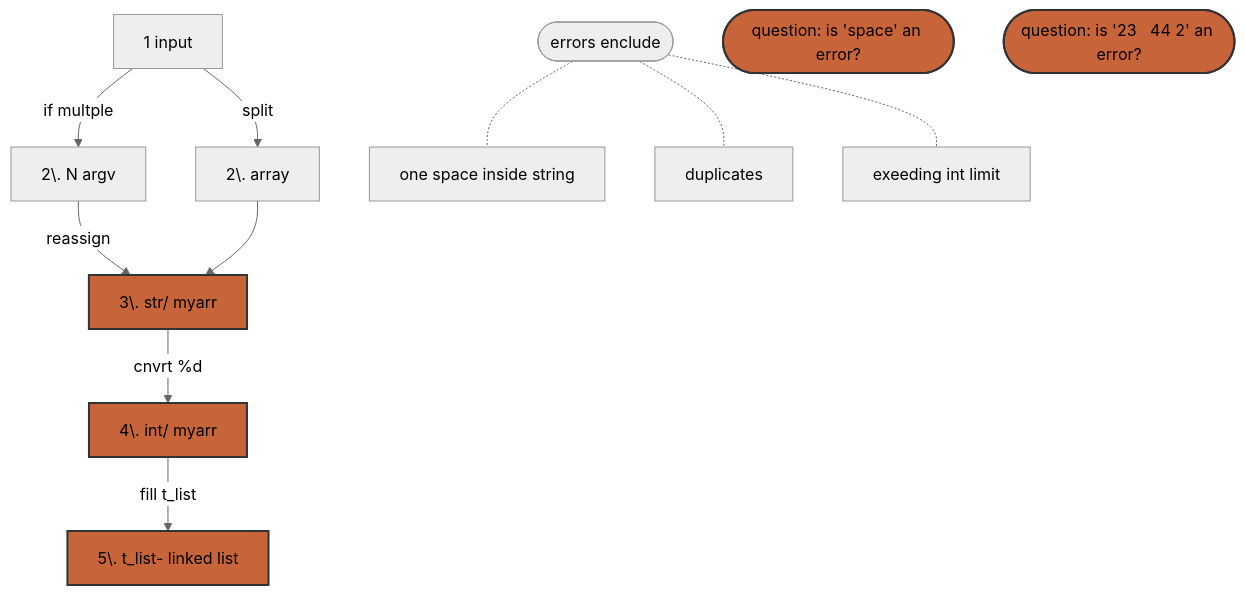
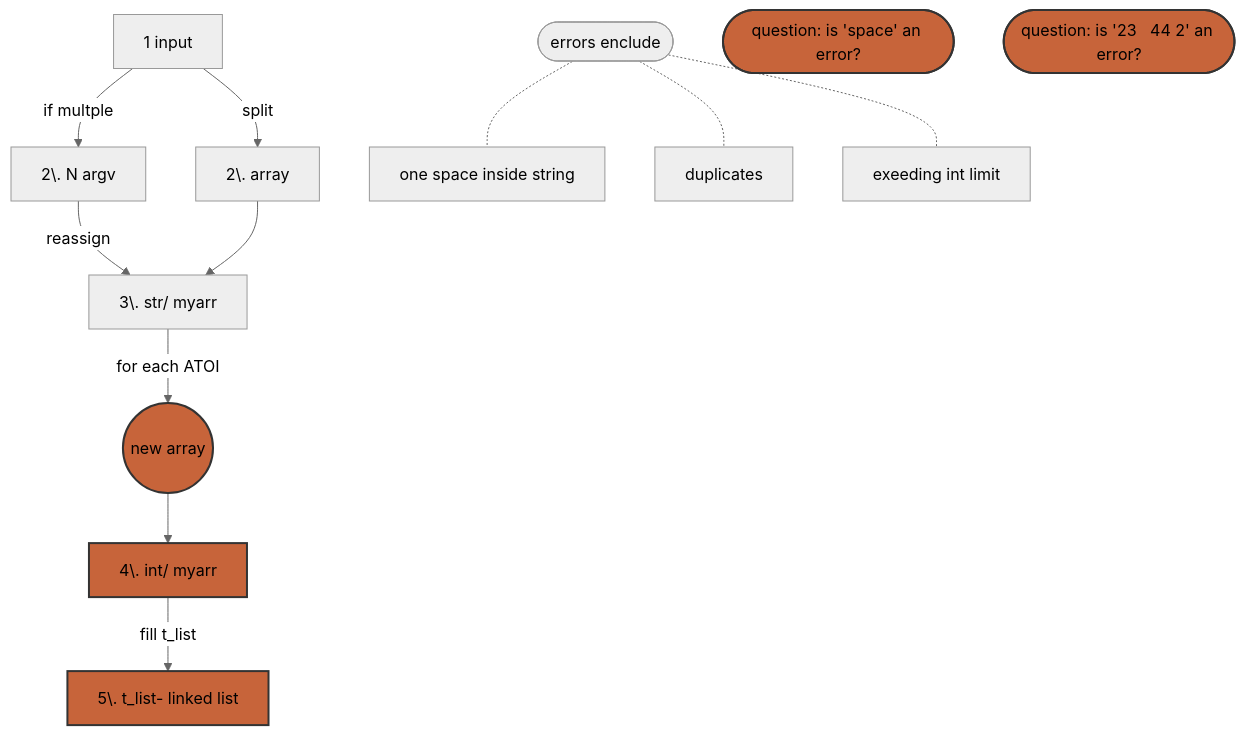
One commit to khaldounalhanawi/42_push_swap changed the diagram in diagram.md. Above: the diagram before and after it, drawn with Mermaid (neutral theme).

````diff
--- a/diagram.md
+++ b/diagram.md
@@ -1,25 +1,29 @@
 ```mermaid 
 flowchart TD
 1[1 input]-->|if multple|2
 1[1 input]-->|split|2.2
 
 2[2\. N argv]--> |reassign|3
 2.2[2\. array]--> 3[3\. str/ myarr]
 
-3 -->|cnvrt %d| 4[4\. int/ myarr]
+3 -->|for each ATOI| 3.2((new array))
+3.2 -->4[4\. int/ myarr]
+
 
 4-->|fill t_list| 5
 
 5[5\. t_list- linked list]
 
 classDef redNode fill:#c7643a,stroke:#333,stroke-width:2px;
-class 3,4,5 redNode
+class 3.2,4,5 redNode
+
 
 note([errors enclude]) .-.n1[one space inside string]
 note([errors enclude]) .-.n2[duplicates]
 note([errors enclude]) .-.n3[exeeding int limit]
 
 q1([question: is 'space' an error?])
 q2([question: is '23   44 2' an error?])
 class q1,q2 redNode
+
 ```
````
